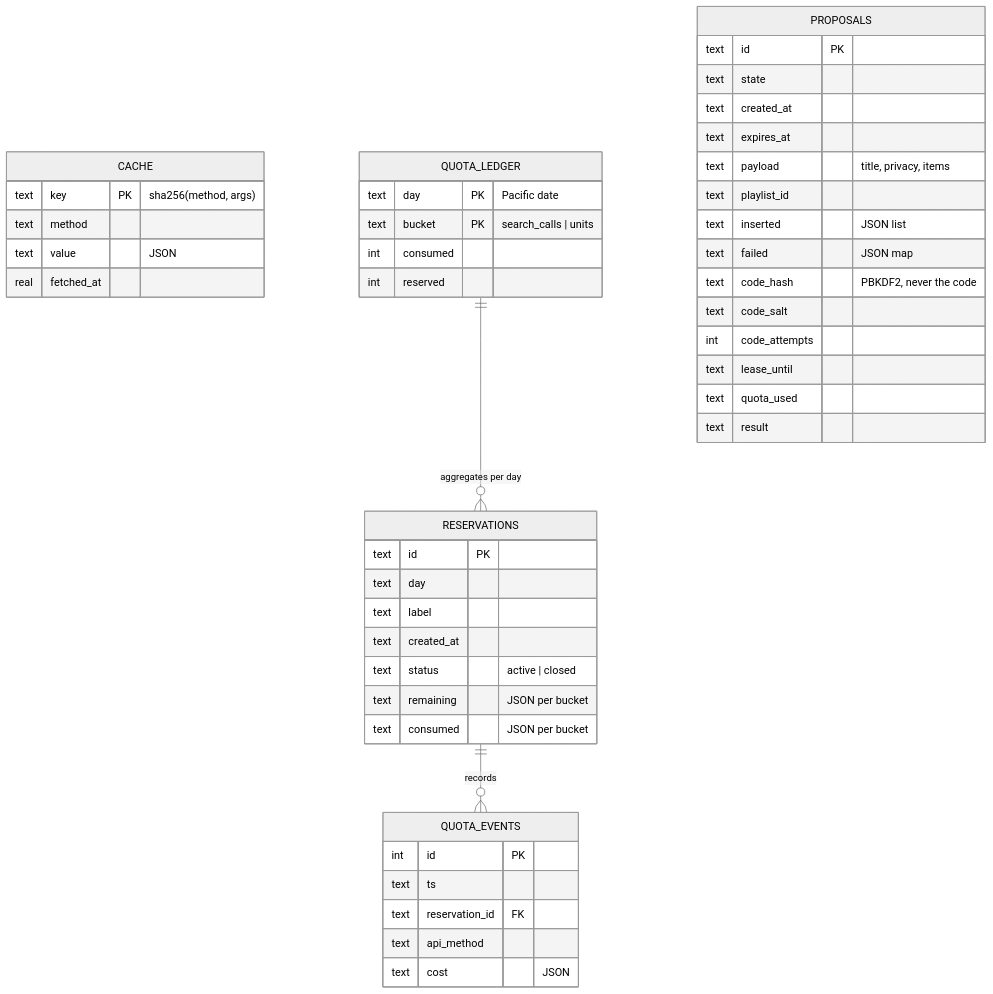
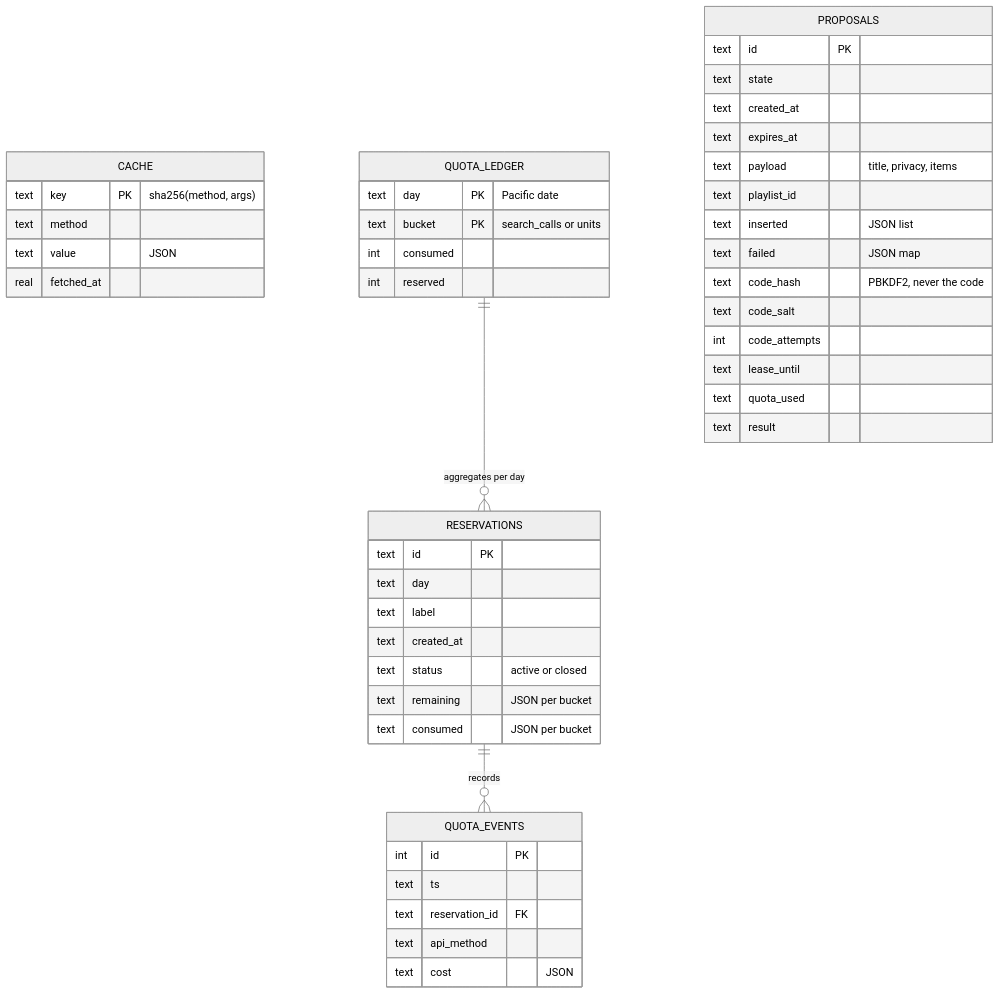
Before and after one commit to Awwab157/SE_PROJ: the tenth of 12 diagrams in docs/architecture.md, drawn with Mermaid (neutral theme). The commit also changed other lines of this file and 28 other files, not shown here.

````diff
--- a/docs/architecture.md
+++ b/docs/architecture.md
@@ -88,49 +310,49 @@
 ```mermaid
 erDiagram
     CACHE {
         text key PK "sha256(method, args)"
         text method
         text value "JSON"
         real fetched_at
     }
     QUOTA_LEDGER {
         text day PK "Pacific date"
-        text bucket PK "search_calls | units"
+        text bucket PK "search_calls or units"
         int consumed
         int reserved
     }
     RESERVATIONS {
         text id PK
         text day
         text label
         text created_at
-        text status "active | closed"
+        text status "active or closed"
         text remaining "JSON per bucket"
         text consumed "JSON per bucket"
     }
     QUOTA_EVENTS {
         int id PK
         text ts
         text reservation_id FK
         text api_method
         text cost "JSON"
     }
     PROPOSALS {
         text id PK
         text state
         text created_at
         text expires_at
         text payload "title, privacy, items"
         text playlist_id
         text inserted "JSON list"
         text failed "JSON map"
         text code_hash "PBKDF2, never the code"
         text code_salt
         int code_attempts
         text lease_until
         text quota_used
         text result
     }
     RESERVATIONS ||--o{ QUOTA_EVENTS : records
     QUOTA_LEDGER ||--o{ RESERVATIONS : "aggregates per day"
 ```
````
